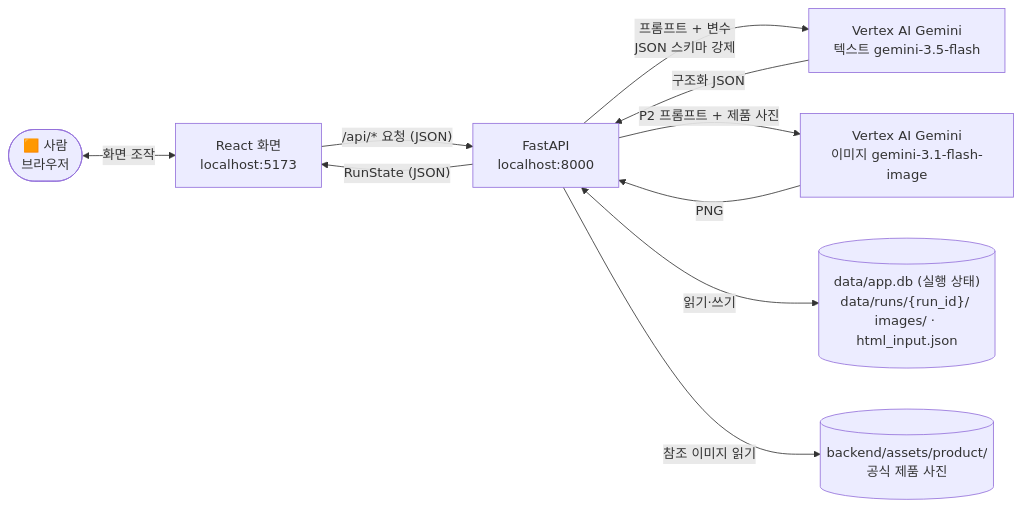
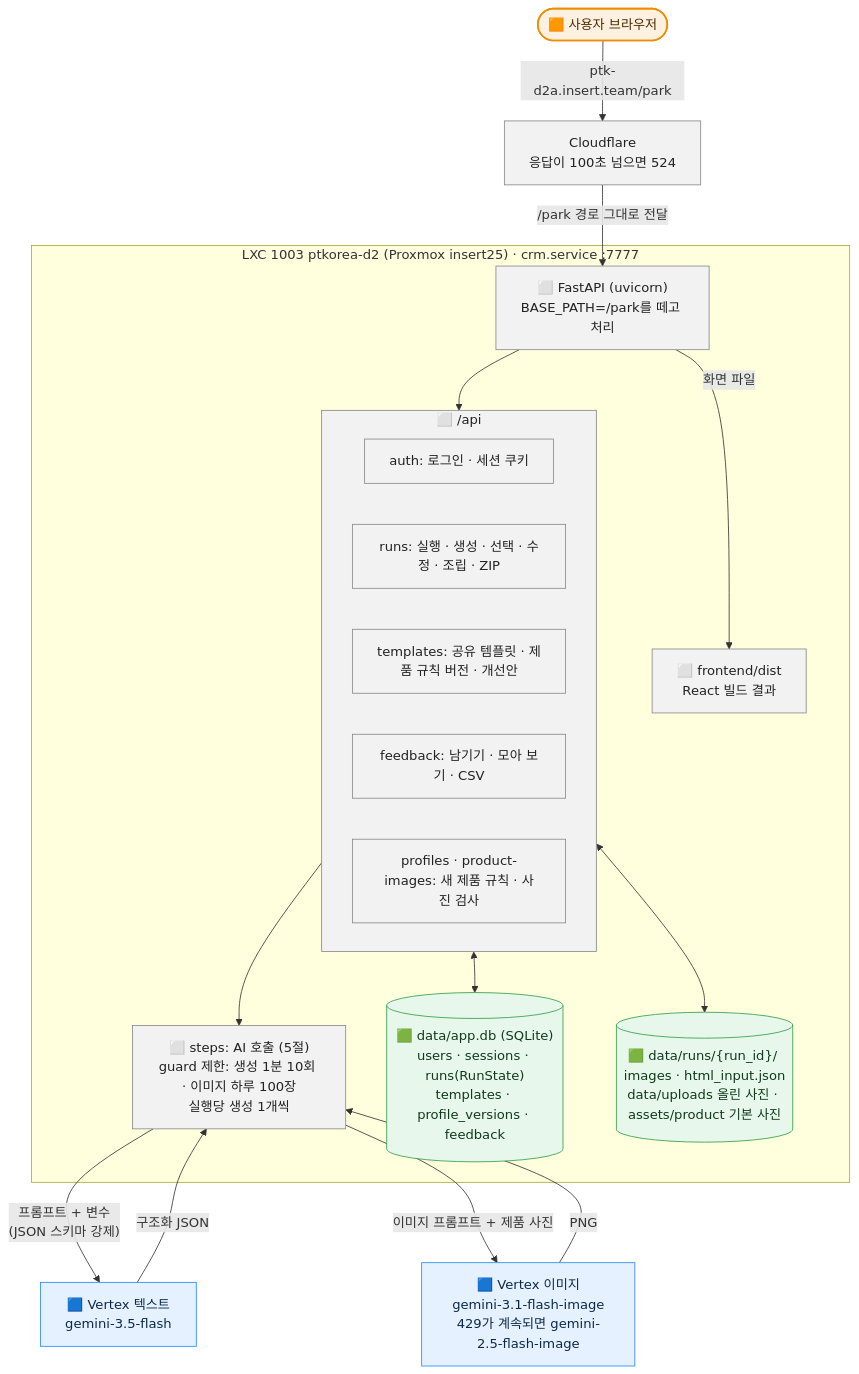
The second of 3 diagrams in docs/flow.md (harinsd404/CRM-prototype), drawn with Mermaid before and after one commit. The commit also changed other lines of this file and 13 other files, not shown here.

````diff
--- a/docs/flow.md
+++ b/docs/flow.md
@@ -71,12 +81,36 @@
 ```mermaid
-flowchart LR
-    U(["🟧 사람<br/>브라우저"]) <-- "화면 조작" --> FE["React 화면<br/>localhost:5173"]
-    FE -- "/api/* 요청 (JSON)" --> BE["FastAPI<br/>localhost:8000"]
-    BE -- "RunState (JSON)" --> FE
-    BE -- "프롬프트 + 변수<br/>JSON 스키마 강제" --> TXT["Vertex AI Gemini<br/>텍스트 gemini-3.5-flash"]
-    TXT -- "구조화 JSON" --> BE
-    BE -- "P2 프롬프트 + 제품 사진" --> IMG["Vertex AI Gemini<br/>이미지 gemini-3.1-flash-image"]
-    IMG -- "PNG" --> BE
-    BE <-- "읽기·쓰기" --> FS[("data/app.db (실행 상태)<br/>data/runs/{run_id}/ images/ · html_input.json")]
-    BE -- "참조 이미지 읽기" --> PR[("backend/assets/product/<br/>공식 제품 사진")]
+flowchart TB
+    U(["🟧 사용자 브라우저"]) -- "ptk-d2a.insert.team/park" --> CF["Cloudflare<br/>응답이 100초 넘으면 524"]
+    CF -- "/park 경로 그대로 전달" --> APP
+
+    subgraph LXC["LXC 1003 ptkorea-d2 (Proxmox insert25) · crm.service :7777"]
+        APP["⬜ FastAPI (uvicorn)<br/>BASE_PATH=/park를 떼고 처리"]
+        APP -- "화면 파일" --> FE["⬜ frontend/dist<br/>React 빌드 결과"]
+        APP --> API
+        subgraph API["⬜ /api"]
+            direction LR
+            A1["auth: 로그인 · 세션 쿠키"]
+            A2["runs: 실행 · 생성 · 선택 · 수정 · 조립 · ZIP"]
+            A3["templates: 공유 템플릿 · 제품 규칙 버전 · 개선안"]
+            A4["feedback: 남기기 · 모아 보기 · CSV"]
+            A5["profiles · product-images: 새 제품 규칙 · 사진 검사"]
+        end
+        API --> GUARD["⬜ steps: AI 호출 (5절)<br/>guard 제한: 생성 1분 10회 · 이미지 하루 100장<br/>실행당 생성 1개씩"]
+        API <--> DB[("🟩 data/app.db (SQLite)<br/>users · sessions · runs(RunState)<br/>templates · profile_versions · feedback")]
+        API <--> FS[("🟩 data/runs/{run_id}/ images · html_input.json<br/>data/uploads 올린 사진 · assets/product 기본 사진")]
+    end
+
+    GUARD -- "프롬프트 + 변수<br/>(JSON 스키마 강제)" --> TXT["🟦 Vertex 텍스트<br/>gemini-3.5-flash"]
+    TXT -- "구조화 JSON" --> GUARD
+    GUARD -- "이미지 프롬프트 + 제품 사진" --> IMG["🟦 Vertex 이미지<br/>gemini-3.1-flash-image<br/>429가 계속되면 gemini-2.5-flash-image"]
+    IMG -- "PNG" --> GUARD
+
+    classDef ai fill:#E6F1FF,stroke:#2189FF,color:#0B2A4A
+    classDef code fill:#F2F2F2,stroke:#888,color:#222
+    classDef human fill:#FFF1E0,stroke:#F08C00,color:#4A2A00,stroke-width:2px
+    classDef data fill:#E8F7EC,stroke:#2F9E44,color:#103A1C
+    class TXT,IMG ai
+    class APP,FE,API,A1,A2,A3,A4,A5,GUARD,CF code
+    class U human
+    class DB,FS data
 ```
````
